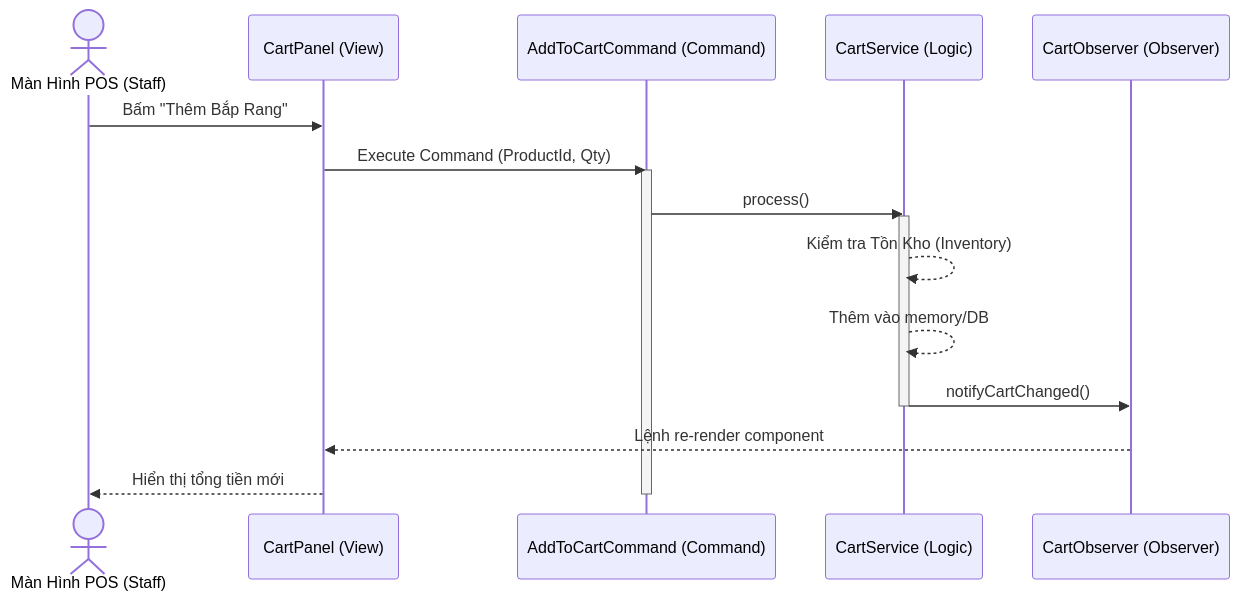
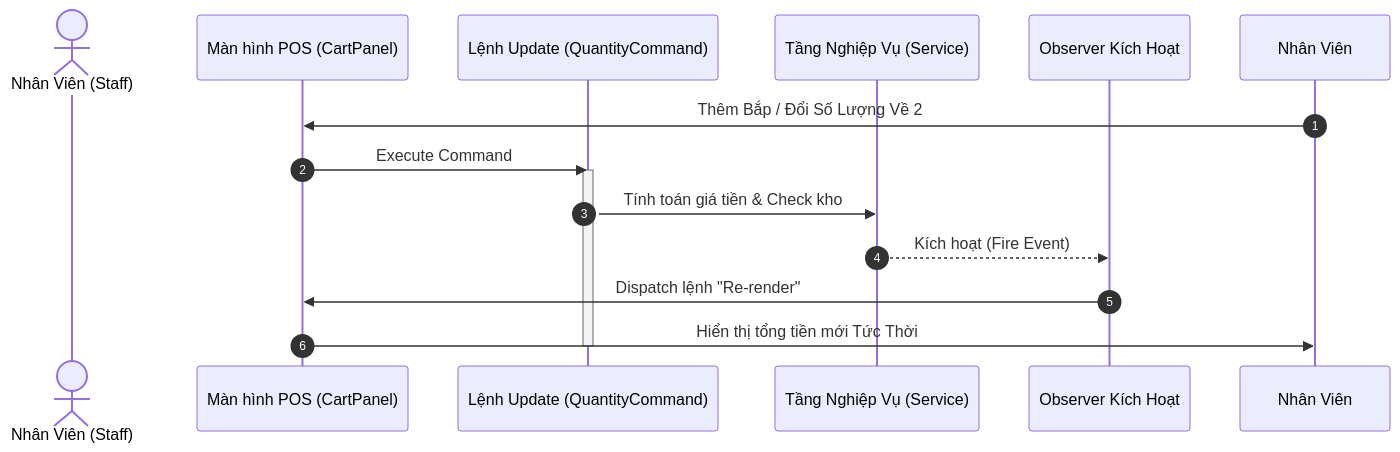
The first of 3 diagrams in README.md (Coffat/F3_Cinema), drawn with Mermaid before and after one commit. The commit also changed other lines of this file, not shown here.

````diff
--- a/README.md
+++ b/README.md
@@ -83,21 +75,18 @@
 ```mermaid
 sequenceDiagram
-    actor Staff as Màn Hình POS (Staff)
-    participant UI as CartPanel (View)
-    participant C as AddToCartCommand (Command)
-    participant S as CartService (Logic)
-    participant O as CartObserver (Observer)
+    autonumber
+    actor Nhân Viên (Staff)
+    participant UI as Màn hình POS (CartPanel)
+    participant C as Lệnh Update (QuantityCommand)
+    participant Logic as Tầng Nghiệp Vụ (Service)
+    participant O as Observer Kích Hoạt
 
-    Staff->>UI: Bấm "Thêm Bắp Rang"
-    UI->>C: Execute Command (ProductId, Qty)
+    Nhân Viên->>UI: Thêm Bắp / Đổi Số Lượng Về 2
+    UI->>C: Execute Command
     activate C
-    C->>S: process()
-    activate S
-    S-->>S: Kiểm tra Tồn Kho (Inventory)
-    S-->>S: Thêm vào memory/DB
-    S->>O: notifyCartChanged()
-    deactivate S
-    O-->>UI: Lệnh re-render component
-    UI-->>Staff: Hiển thị tổng tiền mới
+    C->>Logic: Tính toán giá tiền & Check kho
+    Logic-->>O: Kích hoạt (Fire Event)
+    O->>UI: Dispatch lệnh "Re-render"
+    UI->>Nhân Viên: Hiển thị tổng tiền mới Tức Thời
     deactivate C
 ```
````
